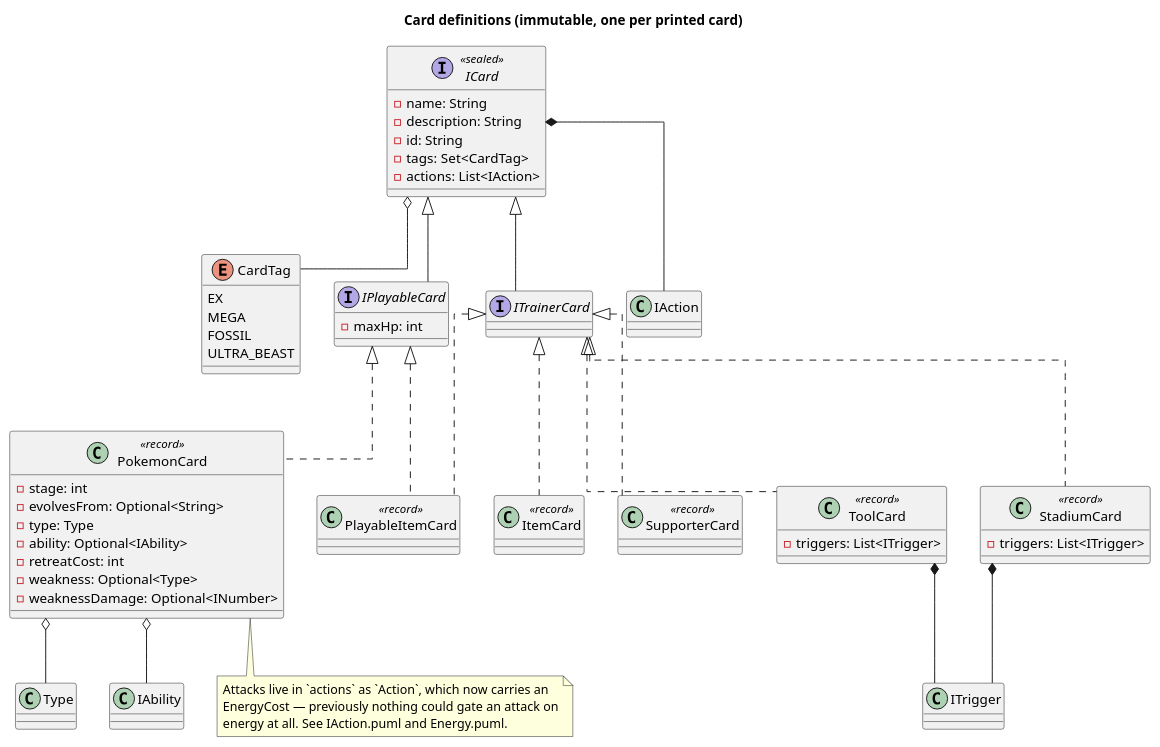
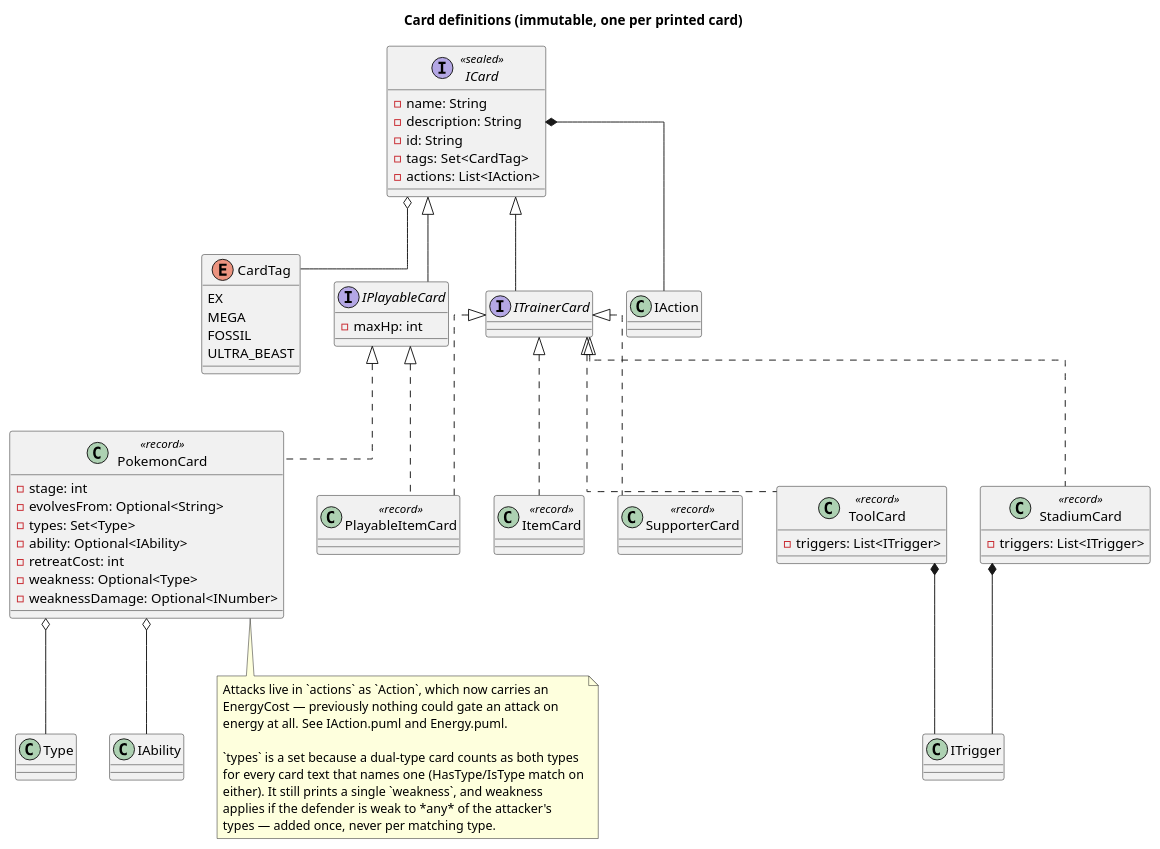
One commit to Richie-Moon/TCGPocketBattler changed the diagram in docs/UML/ICard.puml. Above: the diagram before and after it, drawn with PlantUML. The commit also changed 19 other files, not shown here.

Commit message:
feat: Added support for dual type cards

```diff
--- a/docs/UML/ICard.puml
+++ b/docs/UML/ICard.puml
@@ -1,75 +1,82 @@
 @startuml
 title Card definitions (immutable, one per printed card)
 
 skinparam linetype ortho
 
 interface ICard <<sealed>> {
     - name: String
     - description: String
     - id: String
     /' Replaces the "will also need tags to track mega, EX, ..." TODO.
        Needed by the rules: knocking out an EX awards 2 points. '/
     - tags: Set<CardTag>
     - actions: List<IAction>
 }
 
 enum CardTag {
     EX
     MEGA
     FOSSIL
     ULTRA_BEAST
 }
 
 interface IPlayableCard extends ICard {
     /' Renamed from `hp`, which was ambiguous against INumber's MaxHP and
        CurrentHP. Current HP is damage taken off maxHp, tracked per instance
        on PokemonInPlay. Status and tool likewise moved to the instance. '/
     - maxHp: int
 }
 
 interface ITrainerCard extends ICard {
 }
 
 /' Fossil cards: playable like a Basic Pokemon, but a Trainer card.
    Their IAction is to discard themselves. '/
 class PlayableItemCard <<record>> implements IPlayableCard, ITrainerCard {}
 
 class ItemCard <<record>> implements ITrainerCard {}
 
 class SupporterCard <<record>> implements ITrainerCard {}
 
 class ToolCard <<record>> implements ITrainerCard {
     - triggers: List<ITrigger>
 }
 
 class StadiumCard <<record>> implements ITrainerCard {
     - triggers: List<ITrigger>
 }
 
 class PokemonCard <<record>> implements IPlayableCard {
     - stage: int
     /' Basics have none; a Stage 1/2 may only be played onto this species. '/
     - evolvesFrom: Optional<String>
-    - type: Type
+    /' One or more; most cards print one, a dual-type card two. '/
+    - types: Set<Type>
     - ability: Optional<IAbility>
     - retreatCost: int
     - weakness: Optional<Type>
     /' Always +20 in Pocket; kept as an INumber so the model does not hardcode
        one format's constant. '/
     - weaknessDamage: Optional<INumber>
 }
 
 ICard o-- CardTag
 ICard *-- IAction
 PokemonCard o-- Type
 PokemonCard o-- IAbility
 ToolCard *-- ITrigger
 StadiumCard *-- ITrigger
 
 note bottom of PokemonCard
   Attacks live in `actions` as `Action`, which now carries an
   EnergyCost — previously nothing could gate an attack on
   energy at all. See IAction.puml and Energy.puml.
+
+  `types` is a set because a dual-type card counts as both types
+  for every card text that names one (HasType/IsType match on
+  either). It still prints a single `weakness`, and weakness
+  applies if the defender is weak to *any* of the attacker's
+  types — added once, never per matching type.
 end note
 
 @enduml
```
